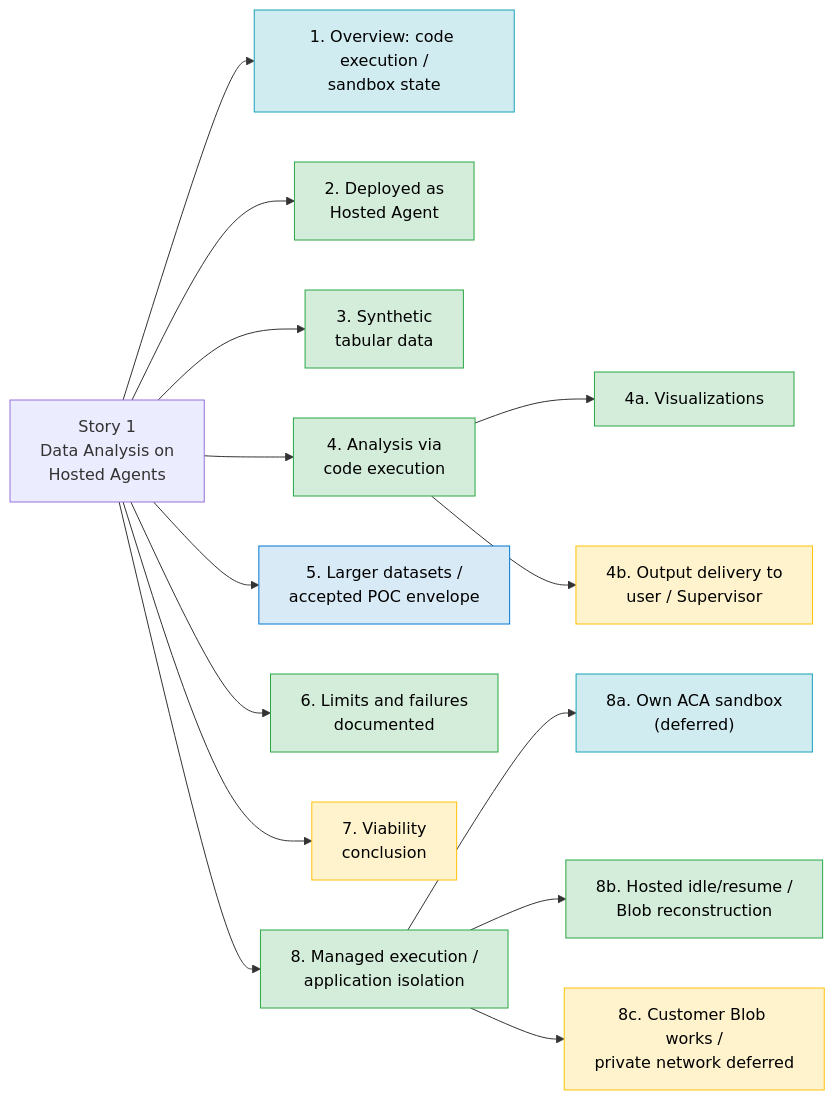
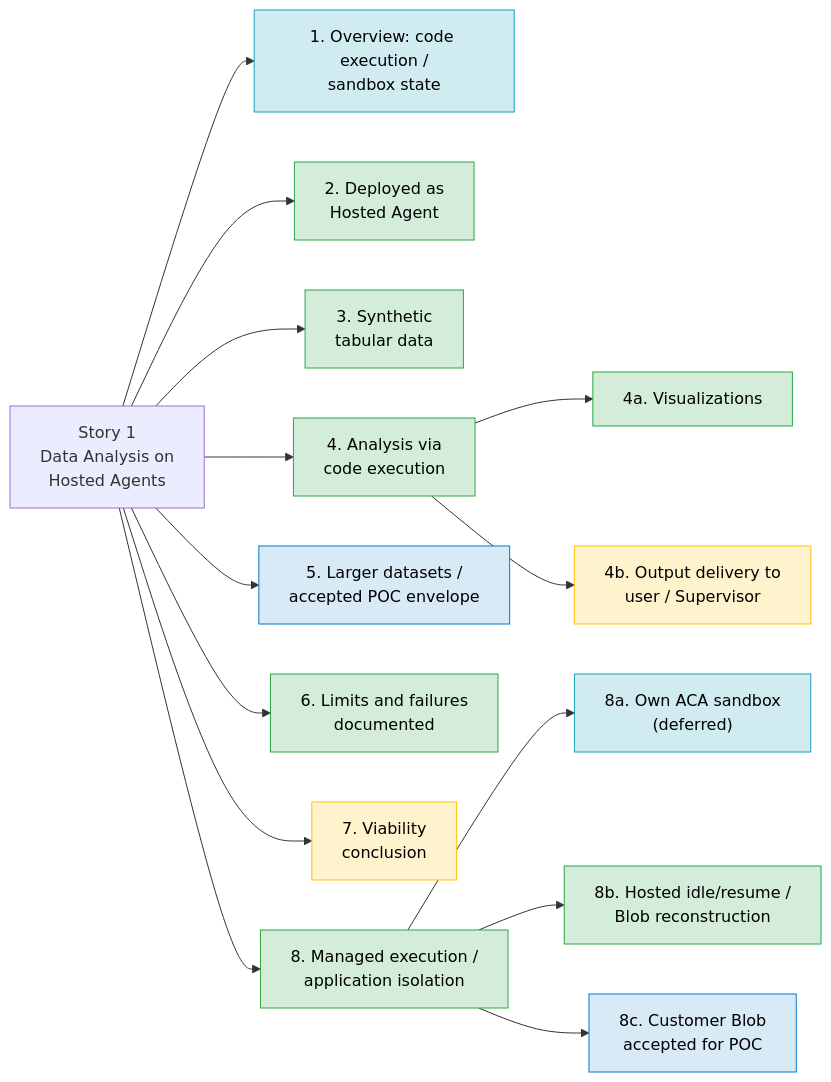
One commit to wxifaras/hosted-agents-poc changed the diagram in docs/issue-1-validate-hosted-agent-memory-and-data-analysis-capacity.md. Above: the diagram before and after it, drawn with Mermaid. The commit also changed other lines of this file and 23 other files, not shown here.

First line of the commit message:
docs(story1): refresh task-flow report and clarify current outcomes

````diff
--- a/docs/issue-1-validate-hosted-agent-memory-and-data-analysis-capacity.md
+++ b/docs/issue-1-validate-hosted-agent-memory-and-data-analysis-capacity.md
@@ -145,25 +150,25 @@
 ```mermaid
 flowchart LR
     accTitle: Story 1 current POC status
     accDescr: Native analysis and scoped isolation and recovery are demonstrated. The measured capacity envelope is accepted for the POC. Supervisor delivery remains partial, and custom infrastructure is deferred.
     S1["Story 1<br/>Data Analysis on<br/>Hosted Agents"]
 
     S1 --> R1["1. Overview: code execution /<br/>sandbox state"]:::info
     S1 --> R2["2. Deployed as<br/>Hosted Agent"]:::ok
     S1 --> R3["3. Synthetic<br/>tabular data"]:::ok
     S1 --> R4["4. Analysis via<br/>code execution"]:::ok
     R4 --> R4a["4a. Visualizations"]:::ok
     R4 --> R4b["4b. Output delivery to<br/>user / Supervisor"]:::partial
     S1 --> R5["5. Larger datasets /<br/>accepted POC envelope"]:::accepted
     S1 --> R6["6. Limits and failures<br/>documented"]:::ok
     S1 --> R7["7. Viability<br/>conclusion"]:::partial
     S1 --> R8["8. Managed execution /<br/>application isolation"]:::ok
     R8 --> R8a["8a. Own ACA sandbox<br/>(deferred)"]:::info
     R8 --> R8b["8b. Hosted idle/resume /<br/>Blob reconstruction"]:::ok
-    R8 --> R8c["8c. Customer Blob works /<br/>private network deferred"]:::partial
+    R8 --> R8c["8c. Customer Blob<br/>accepted for POC"]:::accepted
 
     classDef info fill:#d1ecf1,stroke:#17a2b8,color:#000
     classDef ok fill:#d4edda,stroke:#28a745,color:#000
     classDef accepted fill:#d9eaf7,stroke:#0078d4,color:#000
     classDef partial fill:#fff3cd,stroke:#ffc107,color:#000
 ```
````
